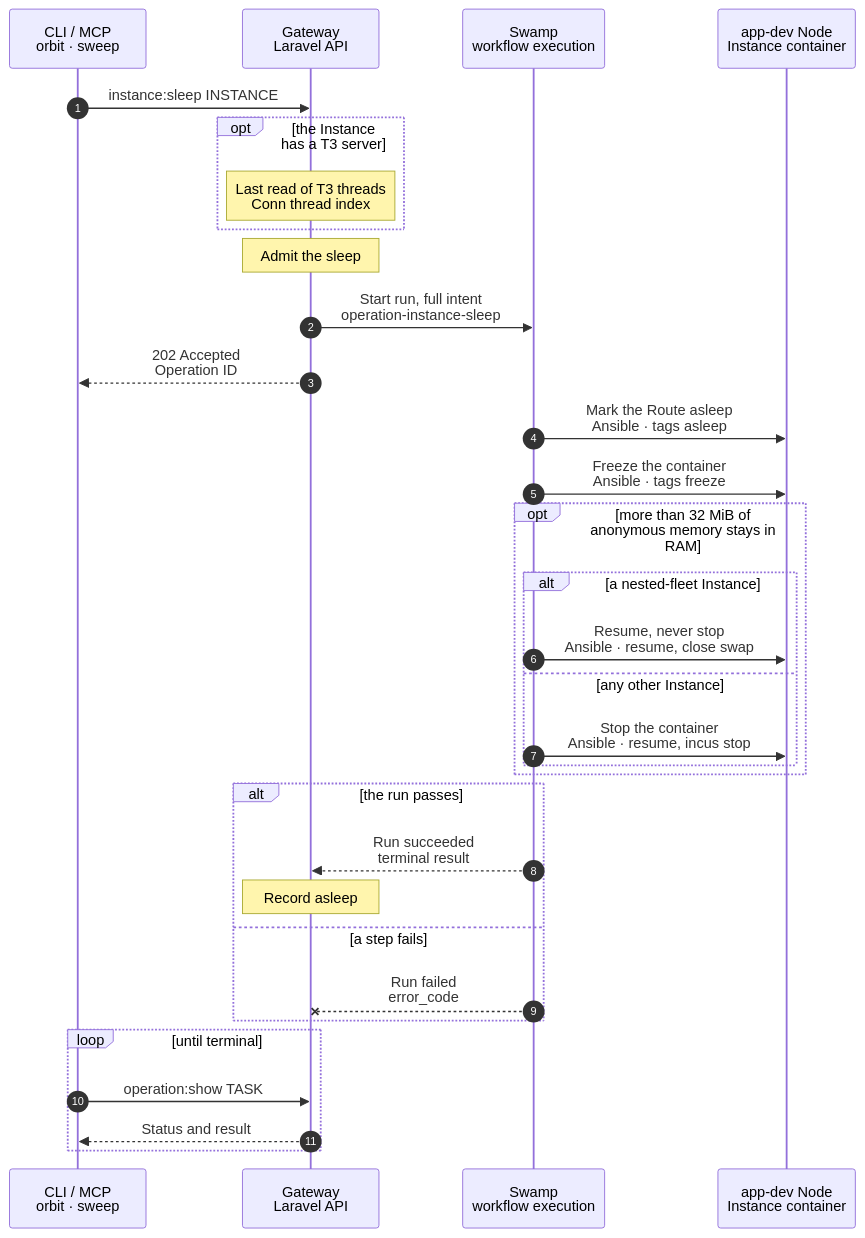
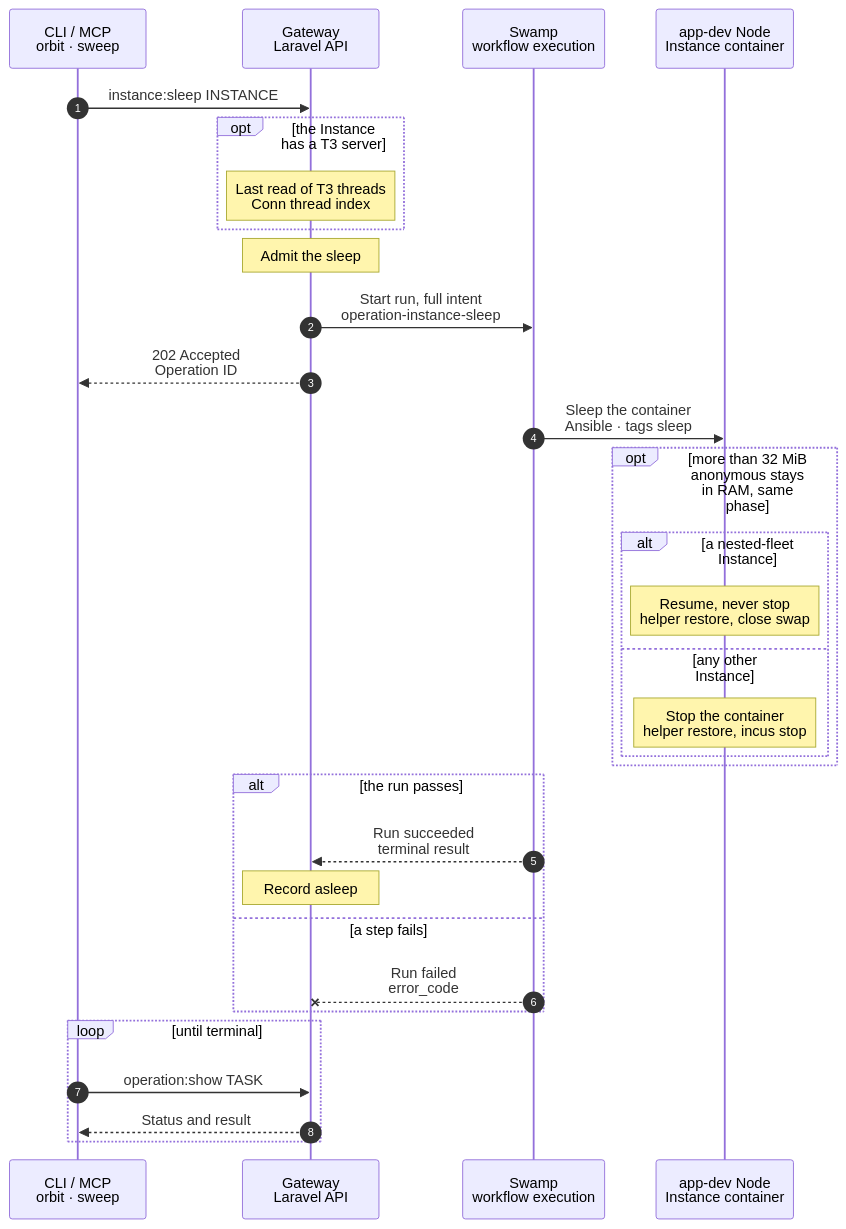
Before and after one commit to hardimpactdev/orbit: the diagram in docs/cli/instance/sleep.mmd, drawn with Mermaid. The commit also changed 17 other files, not shown here.

First line of the commit message:
docs(instances): ADR 0259 and the prepared restore contract for sleep and wake

```diff
--- a/docs/cli/instance/sleep.mmd
+++ b/docs/cli/instance/sleep.mmd
@@ -1,99 +1,98 @@
 sequenceDiagram
-  %% Container runtime (ADR 0250 step 8, docs/reference/development-containers.md#sleep-and-wake): freeze a development container with its memory in swap and leave its Route on the wake page. Defaults and nested-fleet Instances sleep under the same rule as clones (owner decision 2026-11-14). The hibernation sweep admits the same kind after an idle hour; the command admits it at once.
+  %% Container runtime (ADR 0250 step 8, ADR 0259, docs/reference/development-containers.md#sleep-and-wake, docs/reference/prepared-restore.md): freeze a development container, record the pages its processes had resident, move its memory to swap and leave its Route on the wake page. Defaults and nested-fleet Instances sleep under the same rule as clones (owner decision 2026-11-14). The hibernation sweep admits the same kind after an idle hour; the command admits it at once.
   %% status: draft
   %% command: instance:sleep
   %% kind: instance.sleep
   autonumber
   %% lane CLI icon=terminal pill=caller tone=gray
   %% lane GW icon=gateway pill=intent tone=blue
   %% lane SW icon=workflow pill=executes tone=green
   %% lane N icon=server pill=target tone=amber
   participant CLI as CLI / MCP<br/>orbit · sweep
   participant GW as Gateway<br/>Laravel API
   participant SW as Swamp<br/>workflow execution
   participant N as app-dev Node<br/>Instance container
   CLI->>GW: instance:sleep INSTANCE
   %%> Command:
   %%> - `orbit instance:sleep INSTANCE`
   %%> - syntax: `<instance-id> [--json]`
   %%> Callers:
   %%> - the command, at once
   %%> - the idle sleep of the runtime hibernator, every 10 min, after it read no HTTP, wake or deployment activity for an hour and, for an Instance with a T3 server, no T3 activity and no running turn (docs/reference/development-containers.md#sleep-and-wake)
   opt the Instance has a T3 server
     Note over GW: Last read of T3 threads<br/>Conn thread index
     %%> When:
     %%> - after the refusals and the replay of a repeated request, before the Instance lock; within 3 seconds
     %%> - only while Conn and its index switch `ORBIT_CONN_THREAD_INDEX_POLL` are on; the sleep setting does not matter
     %%> - a default has no T3 server: nothing to read
     %%> What it does:
     %%> - reads the container T3 server's threads once more, so the index keeps them while the Instance sleeps (docs/reference/conn.md#thread-index)
     %%> On failure:
     %%> - the index keeps its earlier rows; the sleep goes on
   end
   Note over GW: Admit the sleep
   %%> When:
   %%> - an active development container, a default and a nested-fleet Instance included; take the Instance lock
   %%> On failure:
   %%> - no container, a non-development Instance, an active task or lifecycle work starts no run
   GW->>SW: Start run, full intent<br/>operation-instance-sleep
   GW-->>CLI: 202 Accepted<br/>Operation ID
-  SW->>N: Mark the Route asleep<br/>Ansible · tags asleep
+  SW->>N: Sleep the container<br/>Ansible · tags sleep
   %%> What it does:
-  %%> - checks that Caddy's loaded site of the Instance has the asleep rule, else `instance.sleep_route_unready`
-  %%> - an Instance without a published Route, such as a default without one, has no site: nothing proxies to it, so there is nothing to check; the intent's `route` says which
+  %%> - one phase: checks that Caddy's loaded site of the Instance has the asleep rule, else `instance.sleep_route_unready`; an Instance without a published Route has no site and nothing to check; the intent's `route` says which
   %%> - writes the asleep marker, so each request from now on gets the wake page
+  %%> - installs the power helper from this commit when it differs, then runs `orbit-instance-power prepare` as the unit `orbit-instance-power-<id>`, the Instance's lock; a busy lock is retried 0.25 s apart, 40 times
+  %%> - prepare: removes the earlier plan; reads the state from Incus; writes `max` to `memory.swap.max` of every cgroup of the subtree that holds 0 and records them in `limits.json` before the pause; `incus pause`
+  %%> - prepare, frozen: lists `cgroup.procs` of the whole subtree, every process alike, and records each one's identity and the resident pages of its readable mappings; publishes the plan atomically; one `memory.reclaim`
+  %%> - then reads `memory.stat` until anonymous and file memory are 0, 20 reads 0.1 s apart; the last read is what stays in RAM
+  %%> - a frozen container stays as it is and reports its earlier sleep; a stopped one stays stopped, `not_applicable`
+  %%> - a nested-fleet Instance gets no plan: `skipped`, `placement_unproven`
   %%> Why:
+  %%> - one phase: each Ansible start costs about 4 s
   %%> - the marker comes before the freeze: a request during the freeze gets the wake page, not a hang
-  SW->>N: Freeze the container<br/>Ansible · tags freeze
-  %%> What it does:
-  %%> - writes `max` to `memory.swap.max` of every cgroup in the container's subtree that holds 0: the container's own (Incus writes 0) and, in a nested-fleet Instance, the inner payload cgroups (the inner Incus writes 0 too)
-  %%> - records the inner cgroups it opened on the Node, `/dev/shm/orbit/hibernation/app-instance-<id>.swap` (it makes the folder a Node's reboot emptied), and their count in the result, `swap_subtree`; a cgroup with its own limit, such as 32 MiB, stays as it is
-  %%> - when it opened no inner cgroup, it writes no record and removes one left from before: a plain clone's wake takes the Node's resume, which never removes it
-  %%> - a cgroup that vanishes during the walk or refuses the write is not opened and fails nothing: its pages stay in RAM, which the check below counts
-  %%> - `incus pause`, then a reclaim of the container's memory
-  %%> - the processes and their state stay; their memory goes to swap, about 13 MiB stays in RAM for a clone, 78 MiB for a nested-fleet default
-  %%> - a frozen or stopped container stays as it is; a frozen one reports the `swap_subtree` of the sleep that froze it, from its record
-  %%> Why:
-  %%> - the reclaim follows the pause, so no running process pulls a page back
+  %%> - the plan is taken frozen, so it is exact; the reclaim follows it, so nothing stays in RAM by design
   %%> - with only the outer cgroup open, 1,531 MiB of a nested default stayed in RAM: a cgroup with 0 keeps its pages
-  %%> - swap opens only while the Instance sleeps: a running container never swaps
+  %%> Not included:
+  %%> - no HTTP request, no command in the container, no app file read, no route or process-name choice
   %%> On failure:
-  %%> - a failed swap write, record write or pause writes 0 back to each cgroup it opened, recorded or not, and removes the marker, `instance.container_freeze_failed`; the container serves as before
-  opt more than 32 MiB of anonymous memory stays in RAM
+  %%> - a capture that is unsupported, too large (docs/reference/prepared-restore.md#bounds) or too slow leaves no plan; the sleep goes on, `skipped` with its reason
+  %%> - a failed swap write or pause closes each limit it opened and removes the marker, `instance.container_freeze_failed`; the container serves as before
+  opt more than 32 MiB anonymous stays in RAM, same phase
     alt a nested-fleet Instance
-      SW->>N: Resume, never stop<br/>Ansible · resume, close swap
+      Note over N: Resume, never stop<br/>helper restore, close swap
       %%> Why:
       %%> - a stop loses the Club key in /run and the tunnel `wg-nested`; only a deployment or a start gives them back
       %%> Result:
       %%> - the container runs again, swap closes on each cgroup the freeze opened, the marker goes; the run fails `instance.container_freeze_failed`
       %%> - the Instance serves as before; free swap and run the command again
     else any other Instance
-      SW->>N: Stop the container<br/>Ansible · resume, incus stop
+      Note over N: Stop the container<br/>helper restore, incus stop
       %%> Why:
       %%> - swap is full; a frozen container would hold RAM, which a sleep exists to free
       %%> Result:
-      %%> - `sleep: stopped`; the next wake boots it behind the same marker
+      %%> - `sleep: stopped`; the restore consumed the plan, `skipped`, `stopped`; the next wake boots it behind the same marker
       %%> On failure:
       %%> - the resumed container runs: swap closes again, the marker goes, `instance.container_freeze_failed`
     end
   end
   alt the run passes
     %% path: main
     SW-->>GW: Run succeeded<br/>terminal result
     Note over GW: Record asleep
     %%> Result:
     %%> - the runtime's `power_state` is `stopped` for a frozen and a stopped container; the result says `sleep: frozen` or `sleep: stopped`, and `swap_subtree`, the number of inner cgroups the freeze opened
+    %%> - `prepared_restore`: `ready` with the plan's processes, bytes and `prepare_seconds`, or `unsupported`, `skipped` or `not_applicable` with a reason; `residual_anon_bytes` and `residual_file_bytes` from the last read
     %%> - `t3_turn` is `idle` when the idle sleep read T3 first, `no_server` for an Instance without a T3 server, whoever started the sleep, and `not_checked` for the command
     %%> - the Conn layer shows its T3 server asleep; the hourly renewal skips it
   else a step fails
     %% path: failed
     SW--xGW: Run failed<br/>error_code
     %%> Result:
     %%> - `power_state` stays as it was. A marker left on a running container is harmless: the next request wakes the Instance, which removes it
     %%> Retry:
     %%> - the same command again
   end
   loop until terminal
     CLI->>GW: operation:show TASK
     GW-->>CLI: Status and result
   end
```
